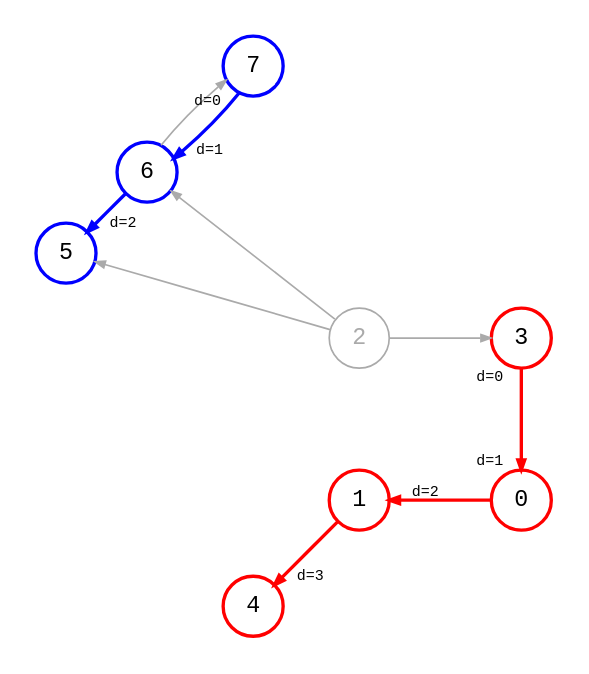
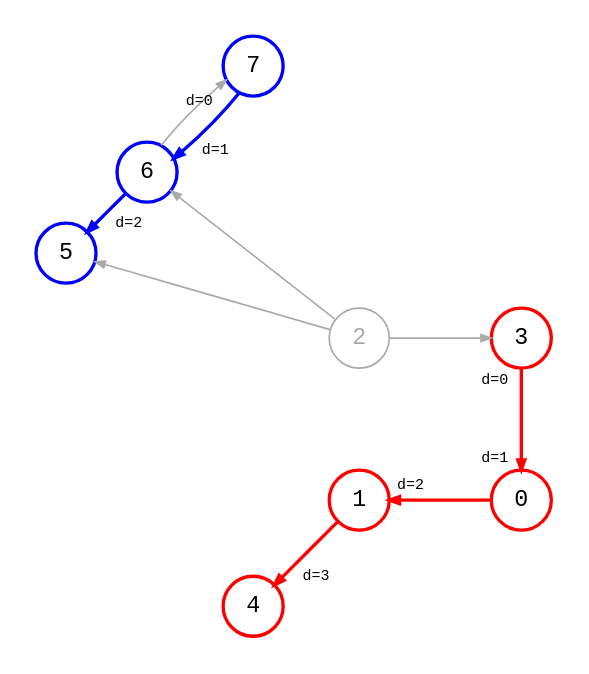
The diagram in src/dfs_dist_multi_source_1.dot (bsdrks/graaf-images), drawn with Graphviz before and after one commit. The commit also changed 9 other files, not shown here.

```diff
--- a/src/dfs_dist_multi_source_1.dot
+++ b/src/dfs_dist_multi_source_1.dot
@@ -1,24 +1,97 @@
 digraph {
     node [shape=circle, fontname="monospace"];
     edge [arrowsize=0.6, fontname="monospace", fontsize=9];
     layout=circo;
     scale=1.0;
     normalize=true;
     pad=0.2;
     splines=line;
 
     2 [color="#aaaaaa", fontcolor="#aaaaaa"];
     3, 0, 1, 4 [style="bold"; color=red];
     5, 6, 7 [style="bold"; color=blue];
 
-    3 -> 0 [style=bold; color=red; headlabel="d=1  ", taillabel="d=0  "];
-    0 -> 1 [style=bold; color=red; headlabel="   d=2"];
+    3 -> 0 [
+        style=bold; 
+        color=red; 
+        headlabel=<
+            <table border="0" cellpadding="2" cellspacing="0">
+                <tr>
+                    <td>d=1 </td>
+                </tr>
+            </table>
+        >,
+        taillabel=<
+            <table border="0" cellpadding="2" cellspacing="0">
+                <tr>
+                    <td>d=0 </td>
+                </tr>
+            </table>
+        >
+    ];
+
+    0 -> 1 [
+        style=bold; 
+        color=red; 
+        headlabel=<
+            <table border="0" cellpadding="4" cellspacing="0">
+                <tr>
+                    <td> d=2 </td>
+                </tr>
+            </table>
+        >,
+    ];
+
     1 -> 2 [style=invis];
-    1 -> 4 [style=bold; color=red; headlabel="   d=3"];
+
+    1 -> 4 [
+        style=bold; 
+        color=red; 
+        headlabel=<
+            <table border="0" cellpadding="0" cellspacing="0">
+                <tr>
+                    <td>    d=3 </td>
+                </tr>
+            </table>
+        >
+    ];
+
     2 -> 3 [color="#aaaaaa"];
+
     2 -> 5 [color="#aaaaaa"];
+
     2 -> 6 [color="#aaaaaa"];
-    6 -> 5 [style=bold; color=blue; headlabel="   d=2"];
+
+    6 -> 5 [
+        style=bold; 
+        color=blue; 
+        headlabel=<
+            <table border="0" cellpadding="0" cellspacing="0">
+                <tr>
+                    <td>    d=2</td>
+                </tr>
+            </table>
+        >,
+    ];
+
     6 -> 7 [color="#aaaaaa"];
-    7 -> 6 [style=bold; color=blue; taillabel="d=0  ", headlabel="   d=1"];
+
+    7 -> 6 [
+        style=bold; 
+        color=blue; 
+        taillabel=<
+            <table border="0" cellpadding="0" cellspacing="0">
+                <tr>
+                    <td> d=0  </td>
+                </tr>
+            </table>
+        >,
+        headlabel=<
+            <table border="0" cellpadding="0" cellspacing="0">
+                <tr>
+                    <td>    d=1</td>
+                </tr>
+            </table>
+        >,
+    ];
 }
```
